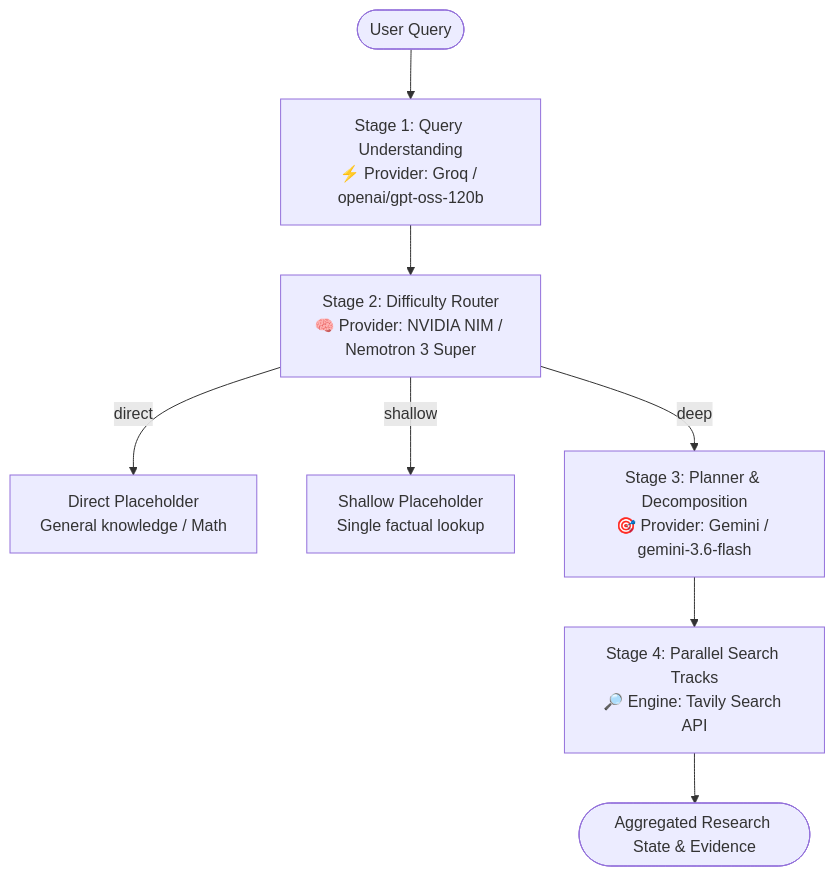
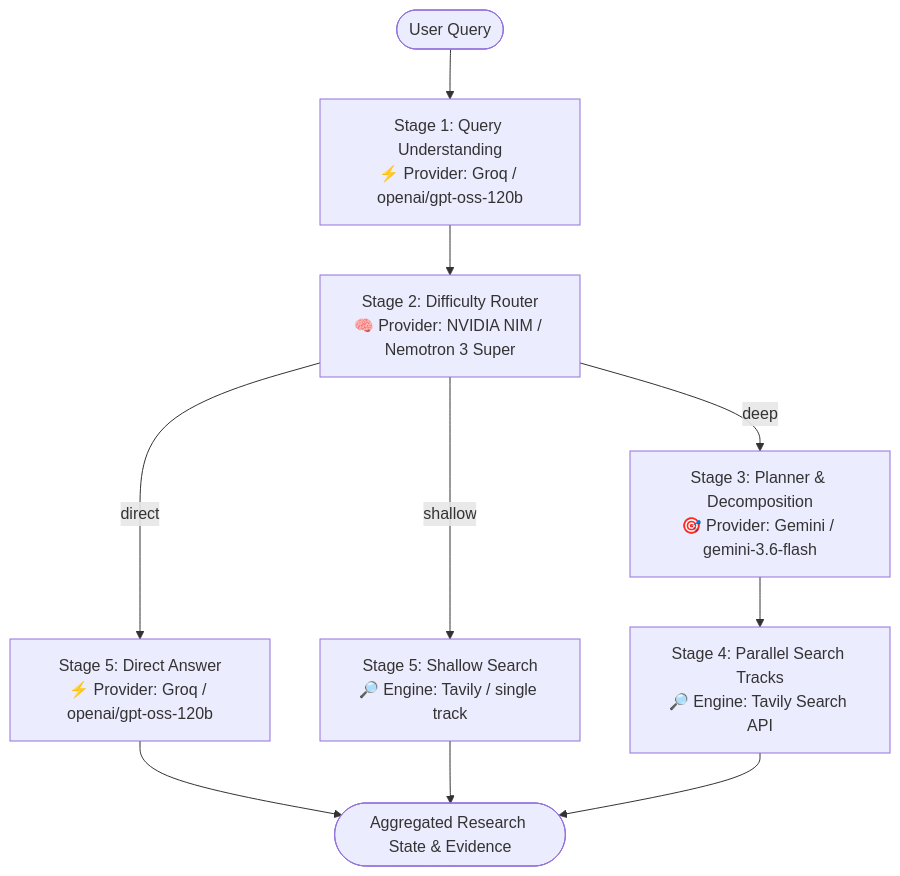
The diagram in README.md (Gayatri-N-Gaikwad/Deep-Research-Agent), drawn with Mermaid before and after one commit. The commit also changed other lines of this file, not shown here.

Commit message:
Update README: document Stage 5 direct/shallow nodes

````diff
--- a/README.md
+++ b/README.md
@@ -11,10 +11,12 @@
 ```mermaid
 flowchart TD
     User([User Query]) --> QU[Stage 1: Query Understanding\n⚡ Provider: Groq / openai/gpt-oss-120b]
     QU --> DR[Stage 2: Difficulty Router\n🧠 Provider: NVIDIA NIM / Nemotron 3 Super]
-    DR -->|direct| DP[Direct Placeholder\nGeneral knowledge / Math]
-    DR -->|shallow| SP[Shallow Placeholder\nSingle factual lookup]
+    DR -->|direct| DP[Stage 5: Direct Answer\n⚡ Provider: Groq / openai/gpt-oss-120b]
+    DR -->|shallow| SP[Stage 5: Shallow Search\n🔎 Engine: Tavily / single track]
     DR -->|deep| PL[Stage 3: Planner & Decomposition\n🎯 Provider: Gemini / gemini-3.6-flash]
     PL --> ST[Stage 4: Parallel Search Tracks\n🔎 Engine: Tavily Search API]
-    ST --> Out([Aggregated Research State & Evidence])
+    DP --> Out([Aggregated Research State & Evidence])
+    SP --> Out
+    ST --> Out
 ```
````
